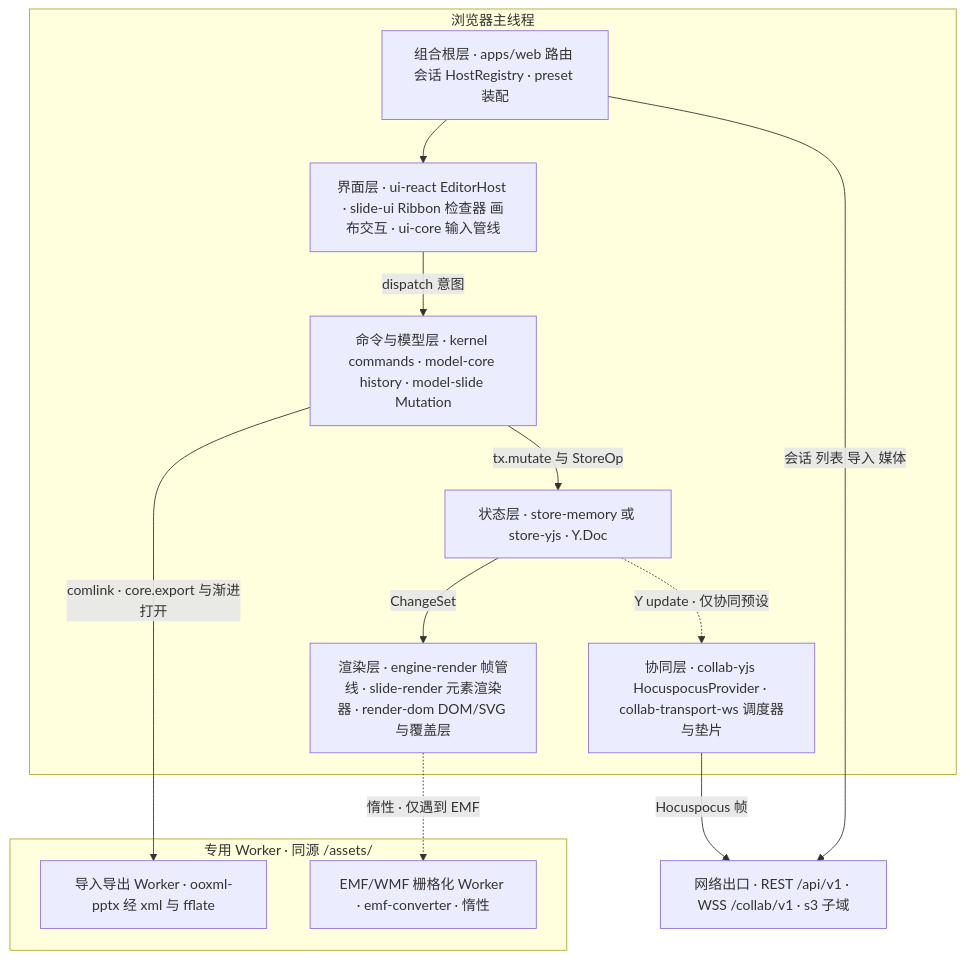
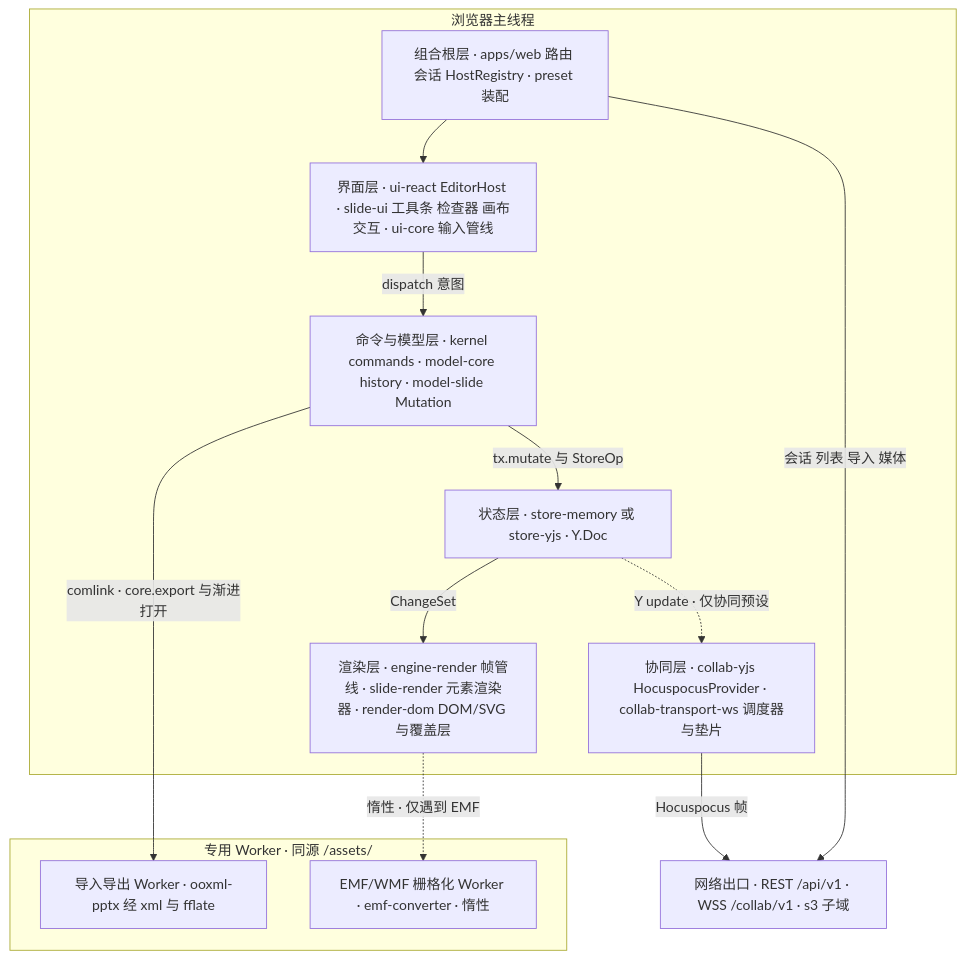
The fourth of 16 diagrams in docs/50-frontend/01-overview-and-runtime-map.md (Xeonice/cordis-ppt-editor), drawn with Mermaid before and after one commit. The commit also changed other lines of this file and 25 other files, not shown here.

````diff
--- a/docs/50-frontend/01-overview-and-runtime-map.md
+++ b/docs/50-frontend/01-overview-and-runtime-map.md
@@ -268,25 +269,25 @@
 ```mermaid
 flowchart TB
   subgraph mainT["浏览器主线程"]
     shellLayer["组合根层 · apps/web 路由 会话 HostRegistry · preset 装配"]
-    uiLayer["界面层 · ui-react EditorHost · slide-ui Ribbon 检查器 画布交互 · ui-core 输入管线"]
+    uiLayer["界面层 · ui-react EditorHost · slide-ui 工具条 检查器 画布交互 · ui-core 输入管线"]
     cmdLayer["命令与模型层 · kernel commands · model-core history · model-slide Mutation"]
     storeLayer["状态层 · store-memory 或 store-yjs · Y.Doc"]
     renderLayer["渲染层 · engine-render 帧管线 · slide-render 元素渲染器 · render-dom DOM/SVG 与覆盖层"]
     collabLayer["协同层 · collab-yjs HocuspocusProvider · collab-transport-ws 调度器与垫片"]
   end
   subgraph workerT["专用 Worker · 同源 /assets/"]
     codecW["导入导出 Worker · ooxml-pptx 经 xml 与 fflate"]
     emfW["EMF/WMF 栅格化 Worker · emf-converter · 惰性"]
   end
   netOut["网络出口 · REST /api/v1 · WSS /collab/v1 · s3 子域"]
   shellLayer --> uiLayer
   uiLayer -->|"dispatch 意图"| cmdLayer
   cmdLayer -->|"tx.mutate 与 StoreOp"| storeLayer
   storeLayer -->|"ChangeSet"| renderLayer
   storeLayer -.->|"Y update · 仅协同预设"| collabLayer
   collabLayer -->|"Hocuspocus 帧"| netOut
   shellLayer -->|"会话 列表 导入 媒体"| netOut
   cmdLayer -->|"comlink · core.export 与渐进打开"| codecW
   renderLayer -.->|"惰性 · 仅遇到 EMF"| emfW
 ```
````
